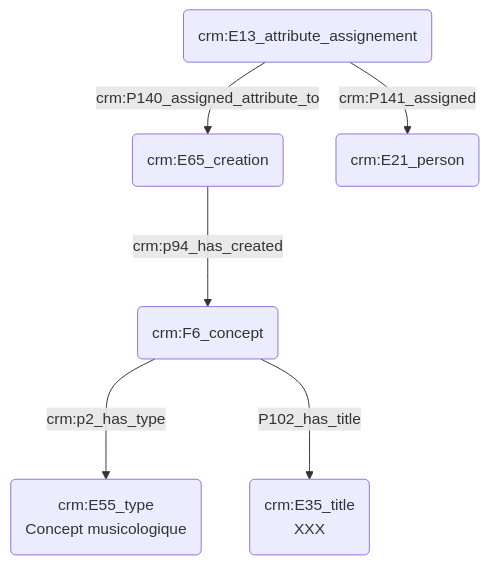
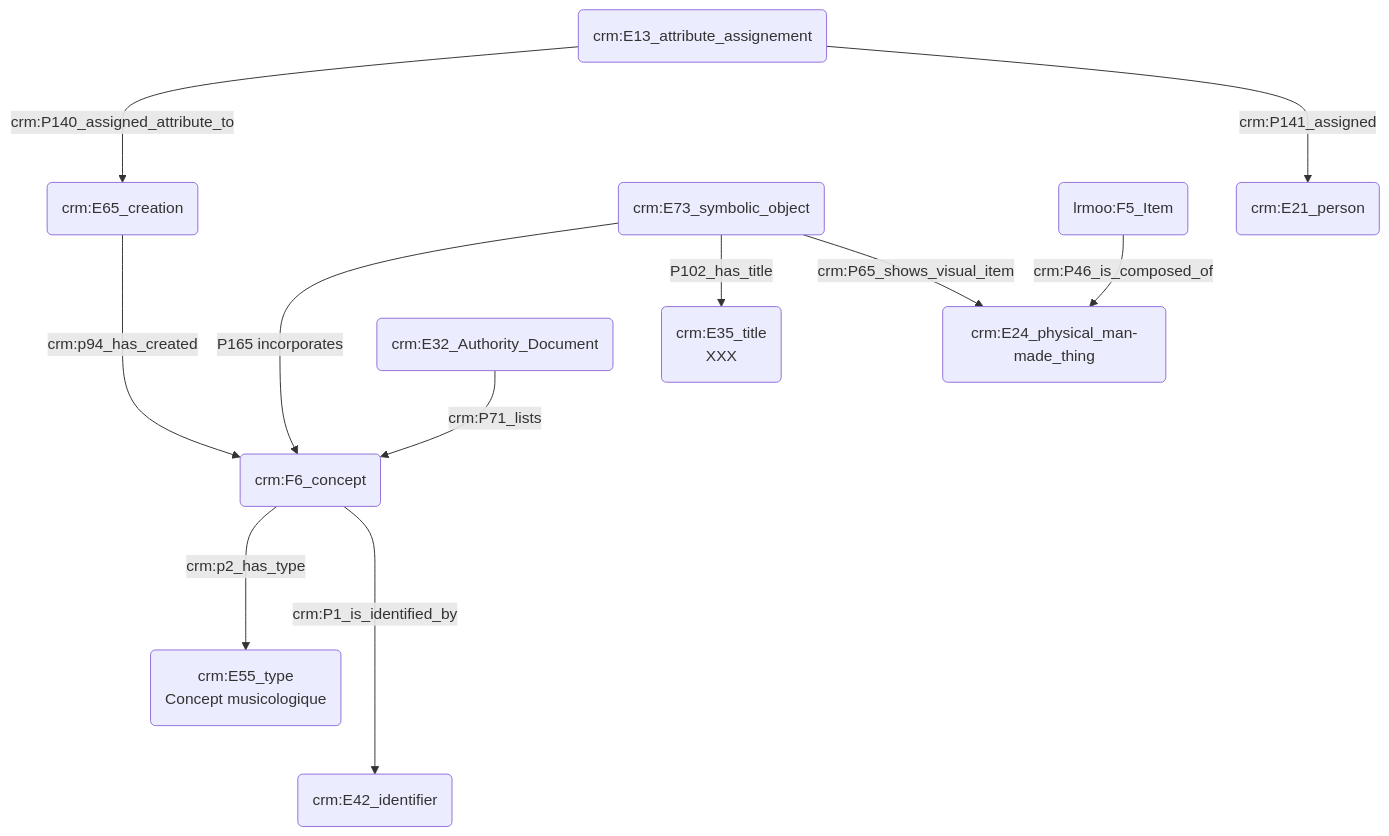
One commit to Amleth/consortium-musica2-gt2-ontologies changed the diagram in modules/indexation_conceptuelle/index.md. Above: the diagram before and after it, drawn with Mermaid. The commit also changed other lines of this file, not shown here.

````diff
--- a/modules/indexation_conceptuelle/index.md
+++ b/modules/indexation_conceptuelle/index.md
@@ -3,12 +3,21 @@
 ```mermaid
 graph TD;
 
 B(crm:F6_concept) ---> |crm:p2_has_type| C(crm:E55_type<br>Concept musicologique)
-B(crm:F6_concept) ---> |P102_has_title| D(crm:E35_title<br>XXX)
 E(crm:E65_creation) --->|crm:p94_has_created| B(crm:F6_concept)
 
+J(crm:E73_symbolic_object) --->|P165 incorporates| B(crm:F6_concept)
+J(crm:E73_symbolic_object) --> |P102_has_title| D(crm:E35_title<br>XXX)
+J(crm:E73_symbolic_object) --> |crm:P65_shows_visual_item| K(crm:E24_physical_man-made_thing)
+A(lrmoo:F5_Item) --> |crm:P46_is_composed_of| K(crm:E24_physical_man-made_thing)
 
-F(crm:E13_attribute_assignement) --> |crm:P140_assigned_attribute_to| E(crm:E65_creation)
-F(crm:E13_attribute_assignement) --> |crm:P141_assigned| G(crm:E21_person)
+B(crm:F6_concept) ---->|crm:P1_is_identified_by| I(crm:E42_identifier)
+H(crm:E32_Authority_Document)  --> |crm:P71_lists| B(crm:F6_concept)
+
+F(crm:E13_attribute_assignement) ---> |crm:P140_assigned_attribute_to| E(crm:E65_creation)
+F(crm:E13_attribute_assignement) ---> |crm:P141_assigned| G(crm:E21_person)
+
+
+
 
 ```
````
